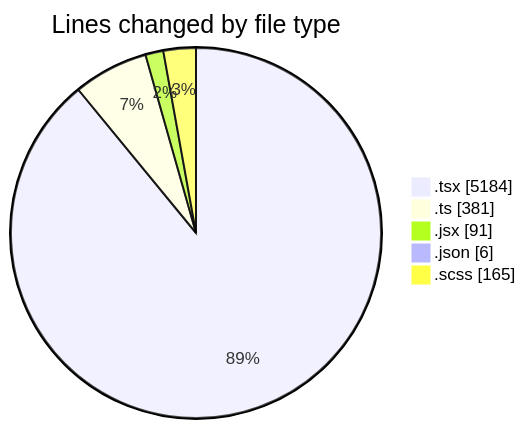
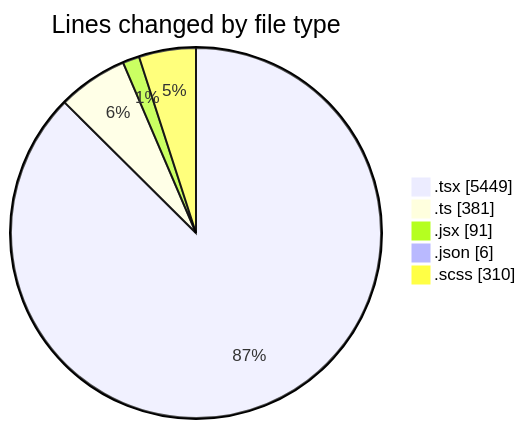
One commit to momahboobian/code-tracking changed the first of 2 diagrams in 2026-04-27/cda/README.md. Above: the diagram before and after it, drawn with Mermaid. The commit also changed other lines of this file and 1 other file, not shown here.

````diff
--- a/2026-04-27/cda/README.md
+++ b/2026-04-27/cda/README.md
@@ -42,9 +42,9 @@
 ```mermaid
 pie showData
 title Lines changed by file type
-".tsx" : 5184
+".tsx" : 5449
 ".ts" : 381
 ".jsx" : 91
 ".json" : 6
-".scss" : 165
+".scss" : 310
 ```
````
